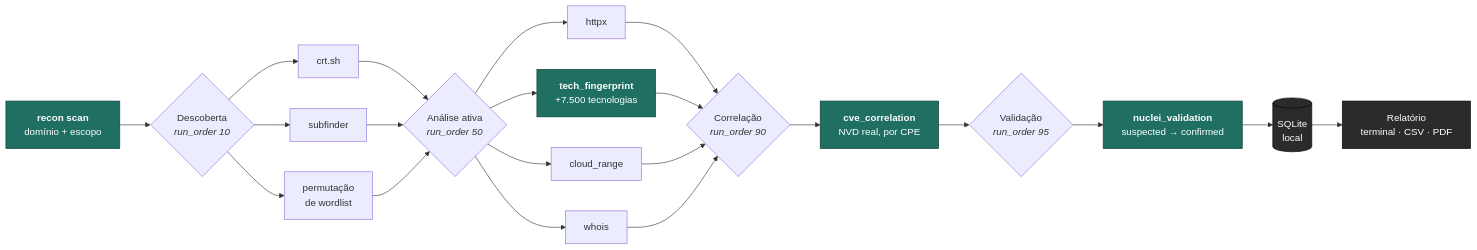
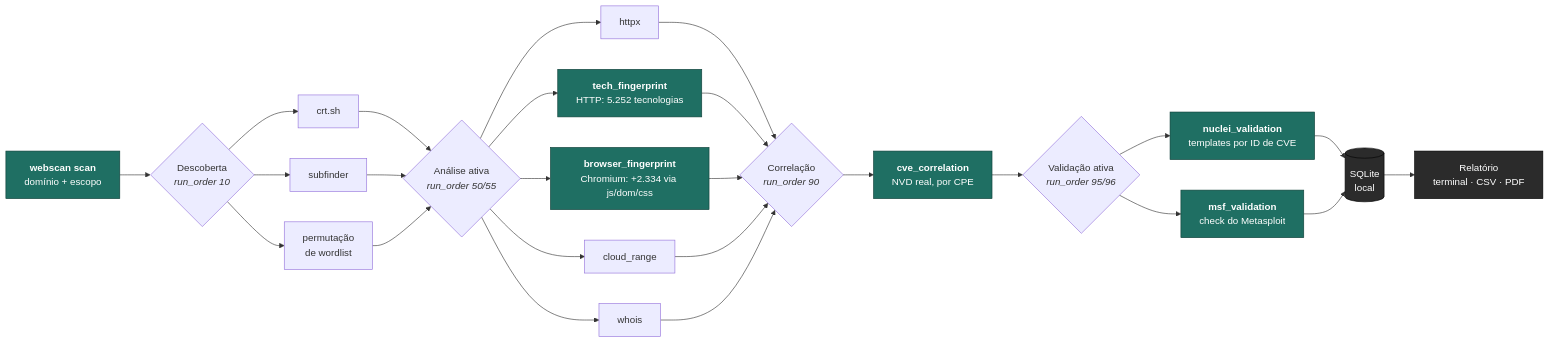
One commit to excanear/Web-Application-Reconnaissance-Investigation-Platform changed the diagram in README.md. Above: the diagram before and after it, drawn with Mermaid. The commit also changed other lines of this file and 15 other files, not shown here.

````diff
--- a/README.md
+++ b/README.md
@@ -82,31 +86,35 @@
 ```mermaid
 flowchart LR
-    A["`**recon scan**
+    A["`**webscan scan**
     domínio + escopo`"] --> B{"`Descoberta
     _run_order 10_`"}
     B --> C["crt.sh"] & D["subfinder"] & E["permutação
     de wordlist"]
     C & D & E --> F{"`Análise ativa
-    _run_order 50_`"}
+    _run_order 50/55_`"}
     F --> G["httpx"] & H["`**tech_fingerprint**
-    +7.500 tecnologias`"] & I["cloud_range"] & J["whois"]
-    G & H & I & J --> K{"`Correlação
+    HTTP: 5.252 tecnologias`"] & H2["`**browser_fingerprint**
+    Chromium: +2.334 via js/dom/css`"] & I["cloud_range"] & J["whois"]
+    G & H & H2 & I & J --> K{"`Correlação
     _run_order 90_`"}
     K --> L["`**cve_correlation**
     NVD real, por CPE`"]
-    L --> M{"`Validação
-    _run_order 95_`"}
+    L --> M{"`Validação ativa
+    _run_order 95/96_`"}
     M --> N["`**nuclei_validation**
-    suspected → confirmed`"]
-    N --> O[("`SQLite
+    templates por ID de CVE`"] & N2["`**msf_validation**
+    check do Metasploit`"]
+    N & N2 --> O[("`SQLite
     local`")]
     O --> P["`Relatório
     terminal · CSV · PDF`"]
 
     style A fill:#1f6f63,stroke:#0f3f38,color:#fff
     style H fill:#1f6f63,stroke:#0f3f38,color:#fff
+    style H2 fill:#1f6f63,stroke:#0f3f38,color:#fff
     style L fill:#1f6f63,stroke:#0f3f38,color:#fff
     style N fill:#1f6f63,stroke:#0f3f38,color:#fff
+    style N2 fill:#1f6f63,stroke:#0f3f38,color:#fff
     style O fill:#2b2b2b,stroke:#000,color:#fff
     style P fill:#2b2b2b,stroke:#000,color:#fff
 ```
````
